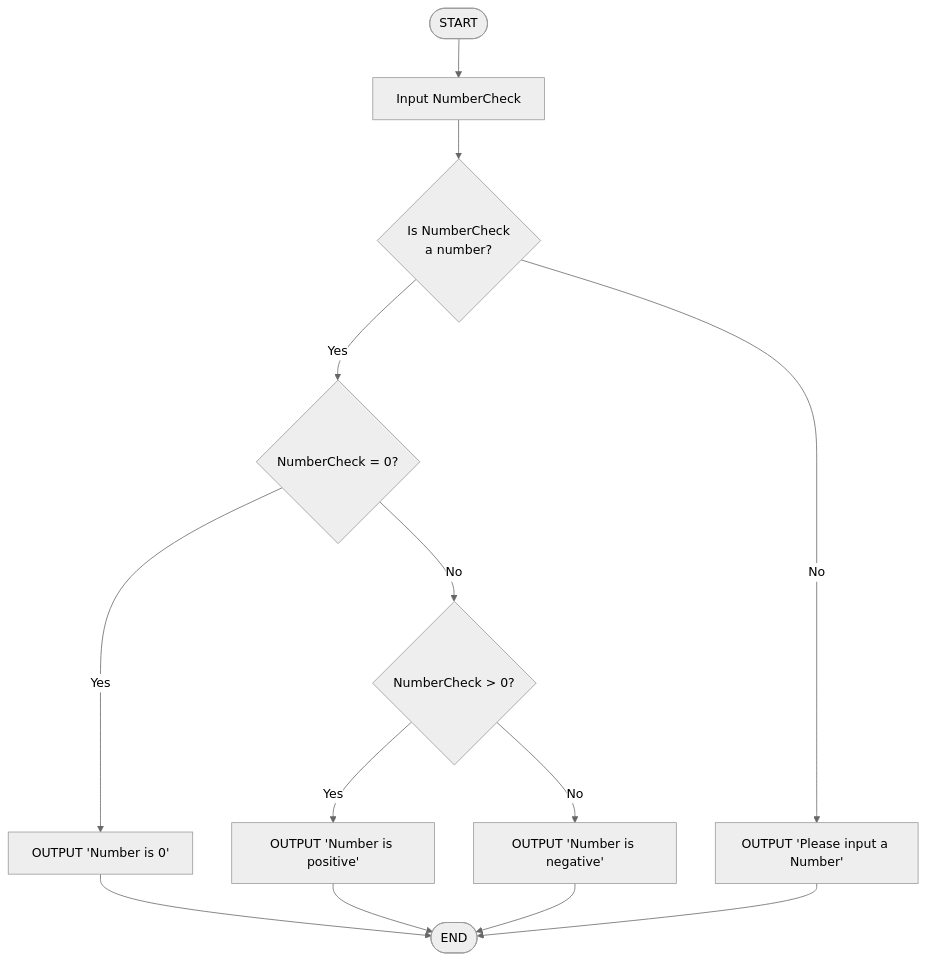
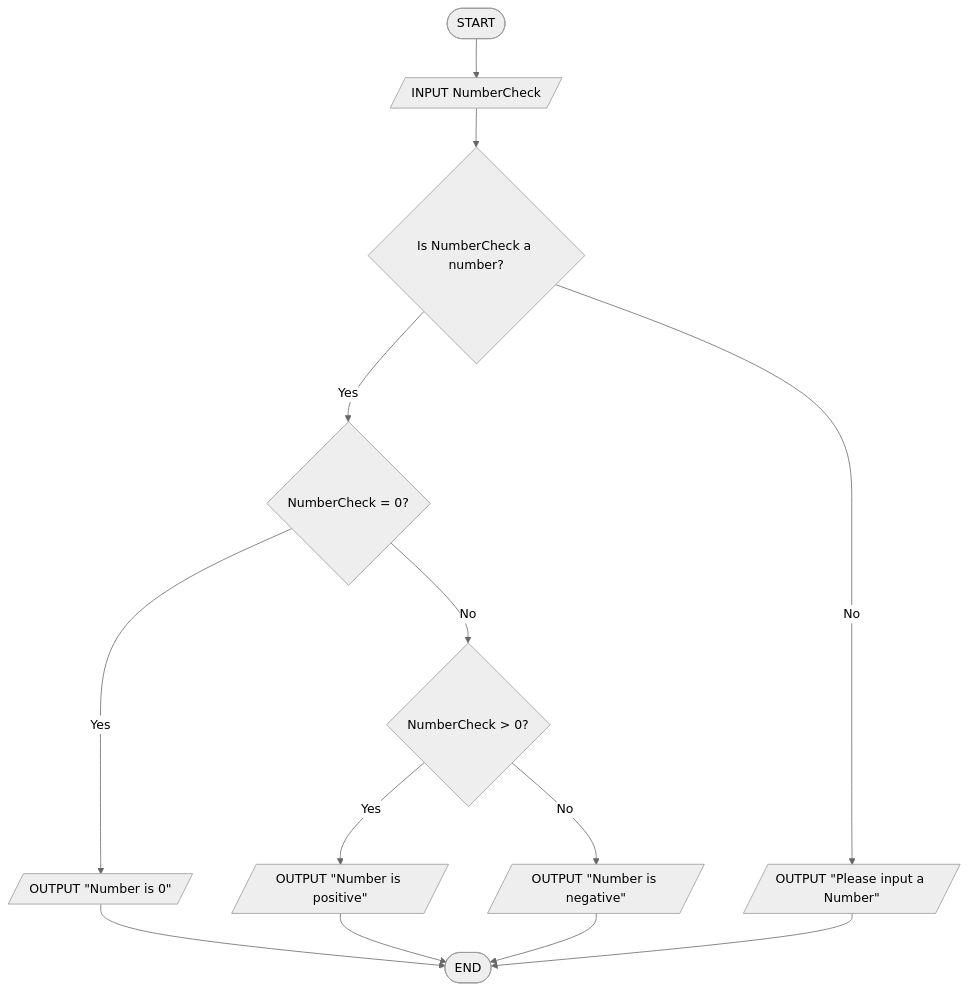
The fourth of 10 diagrams in README.md (Matojotam/Workshop-Algorithm-and-flowchart), drawn with Mermaid (neutral theme) before and after one commit. The commit also changed other lines of this file, not shown here.

````diff
--- a/README.md
+++ b/README.md
@@ -127,29 +147,42 @@
 ```mermaid
 flowchart TD
-    Start([START])
-    Input[Input NumberCheck]
-    IsNumber{Is NumberCheck<br/>a number?}
-    IsZero{NumberCheck = 0?}
-    IsPositive{NumberCheck > 0?}
-    OutputZero[OUTPUT 'Number is 0']
-    OutputPositive[OUTPUT 'Number is positive']
-    OutputNegative[OUTPUT 'Number is negative']
-    OutputInvalid[OUTPUT 'Please input a Number']
-    End([END])
-    
+
+    Start(["START"])
+
+    Input[/INPUT NumberCheck/]
+
+    IsNumber{"Is NumberCheck a number?"}
+
+    IsZero{"NumberCheck = 0?"}
+
+    IsPositive{"NumberCheck > 0?"}
+
+    OutputZero[/OUTPUT "Number is 0"/]
+
+    OutputPositive[/OUTPUT "Number is positive"/]
+
+    OutputNegative[/OUTPUT "Number is negative"/]
+
+    OutputInvalid[/OUTPUT "Please input a Number"/]
+
+    End(["END"])
+
     Start --> Input
     Input --> IsNumber
+
     IsNumber -->|Yes| IsZero
     IsNumber -->|No| OutputInvalid
+
     IsZero -->|Yes| OutputZero
     IsZero -->|No| IsPositive
+
     IsPositive -->|Yes| OutputPositive
     IsPositive -->|No| OutputNegative
+
     OutputZero --> End
     OutputPositive --> End
     OutputNegative --> End
     OutputInvalid --> End
-
     
 
 ```
````
